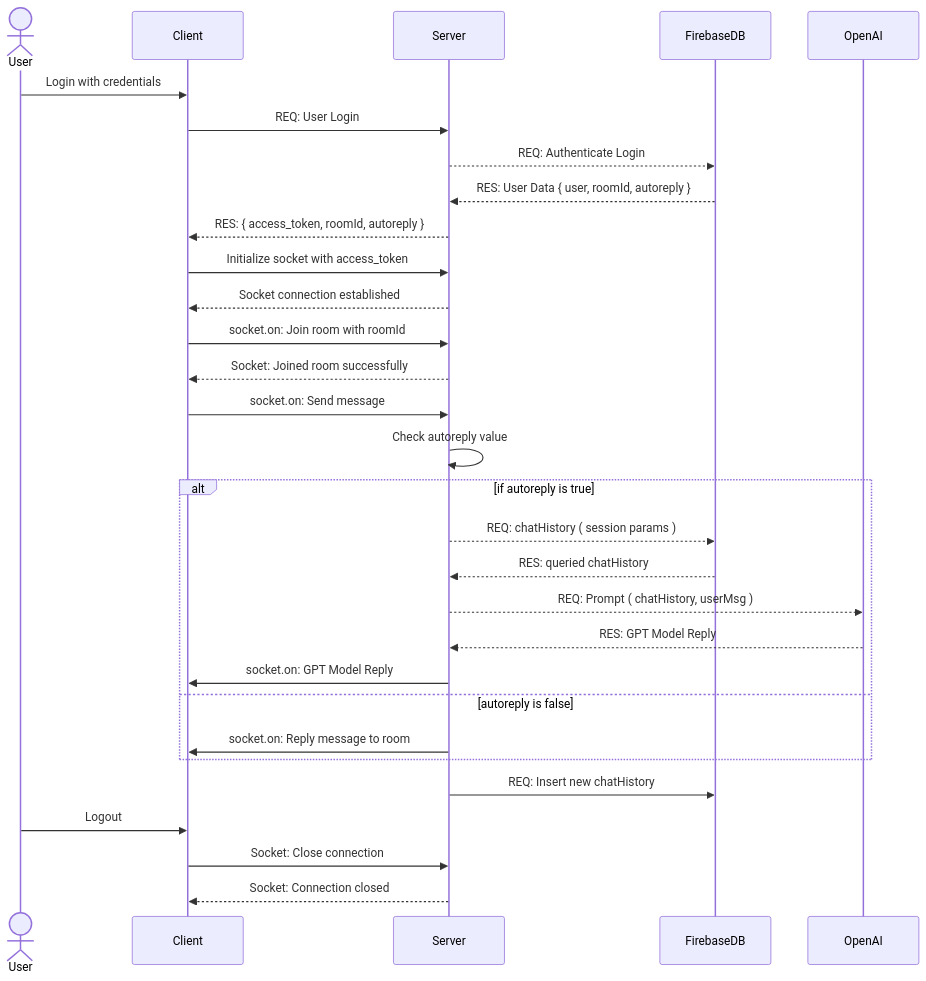
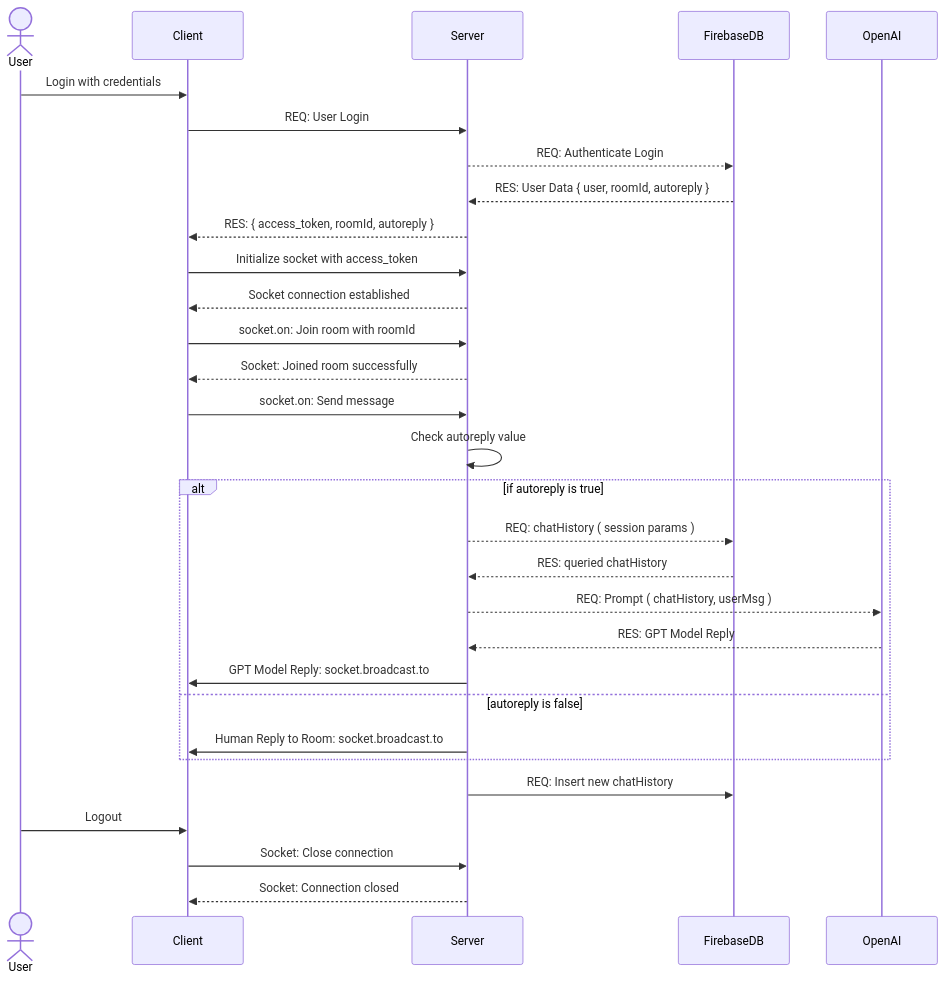
Before and after one commit to Alexwilliam112/ServiceSync: the diagram in server/__docs__/socketRoom.mmd, drawn with Mermaid.

Commit message:
Added docs sequence diag.

```diff
--- a/server/__docs__/socketRoom.mmd
+++ b/server/__docs__/socketRoom.mmd
@@ -1,31 +1,31 @@
 sequenceDiagram
     actor User
     participant Client
     participant Server
     participant FirebaseDB
     participant OpenAI
 
     User->>Client: Login with credentials
     Client->>Server: REQ: User Login
     Server-->>FirebaseDB: REQ: Authenticate Login
     FirebaseDB-->>Server: RES: User Data { user, roomId, autoreply }
     Server-->>Client: RES: { access_token, roomId, autoreply }
     Client->>Server: Initialize socket with access_token
     Server-->>Client: Socket connection established
     Client->>Server: socket.on: Join room with roomId
     Server-->>Client: Socket: Joined room successfully
     Client->>Server: socket.on: Send message
     Server->>Server: Check autoreply value
     alt if autoreply is true
         Server-->>FirebaseDB: REQ: chatHistory ( session params )
         FirebaseDB-->>Server: RES: queried chatHistory
         Server-->>OpenAI: REQ: Prompt ( chatHistory, userMsg )
         OpenAI-->>Server: RES: GPT Model Reply
-        Server->>Client: socket.on: GPT Model Reply
+        Server->>Client: GPT Model Reply: socket.broadcast.to
     else autoreply is false
-        Server->>Client: socket.on: Reply message to room
+        Server->>Client: Human Reply to Room: socket.broadcast.to
     end
     Server->>FirebaseDB: REQ: Insert new chatHistory
     User->>Client: Logout
     Client->>Server: Socket: Close connection
     Server-->>Client: Socket: Connection closed
```
